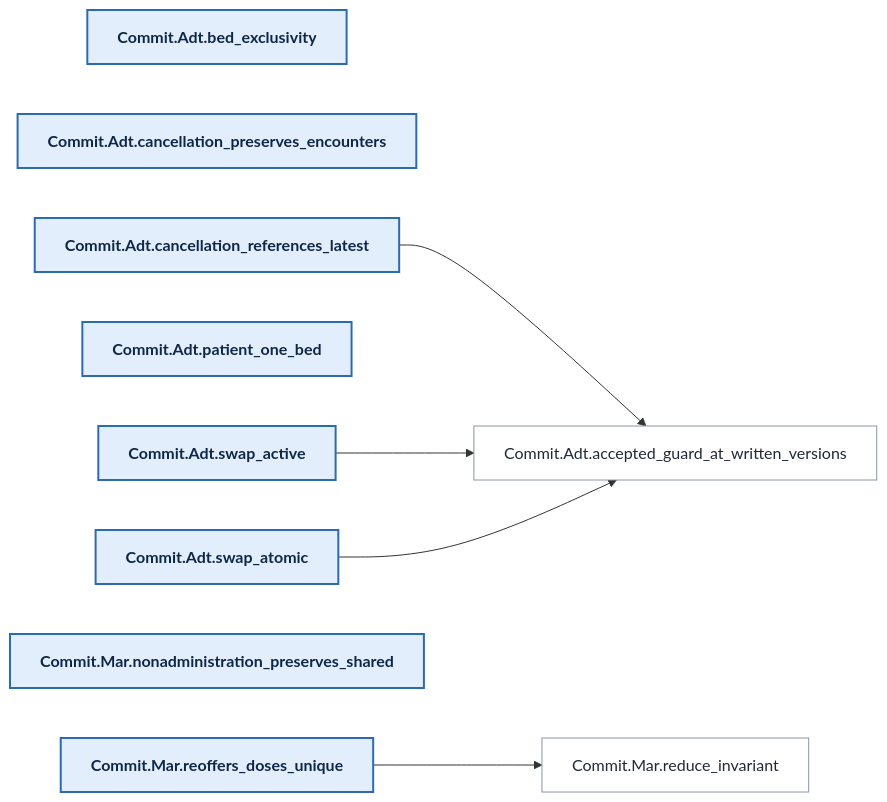
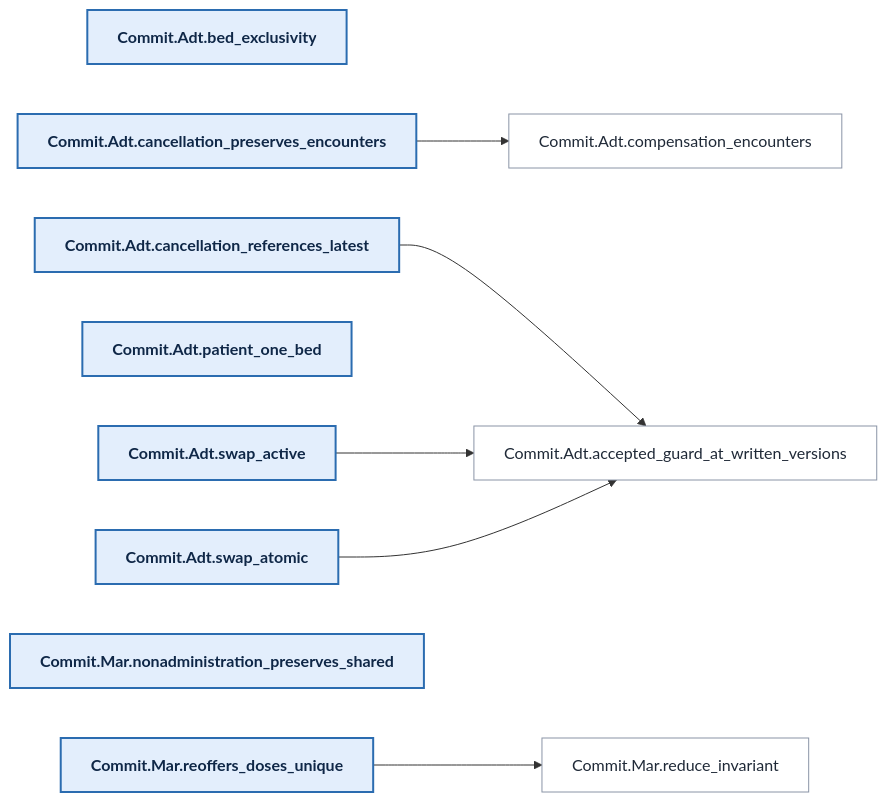
The sixth of 9 diagrams in docs/proof-map.md (saithat/VGI-Health), drawn with Mermaid before and after one commit. The commit also changed other lines of this file and 15 other files, not shown here.

````diff
--- a/docs/proof-map.md
+++ b/docs/proof-map.md
@@ -618,20 +716,22 @@
 ```mermaid
 flowchart LR
   n0["Commit.Adt.bed_exclusivity"]:::head
   n1["Commit.Adt.cancellation_preserves_encounters"]:::head
   n2["Commit.Adt.cancellation_references_latest"]:::head
   n3["Commit.Adt.patient_one_bed"]:::head
   n4["Commit.Adt.swap_active"]:::head
   n5["Commit.Adt.swap_atomic"]:::head
   n6["Commit.Mar.nonadministration_preserves_shared"]:::head
   n7["Commit.Mar.reoffers_doses_unique"]:::head
   n8["Commit.Adt.accepted_guard_at_written_versions"]:::lemma
-  n9["Commit.Mar.reduce_invariant"]:::lemma
+  n9["Commit.Adt.compensation_encounters"]:::lemma
+  n10["Commit.Mar.reduce_invariant"]:::lemma
+  n1 --> n9
   n2 --> n8
   n4 --> n8
   n5 --> n8
-  n7 --> n9
+  n7 --> n10
   classDef head fill:#e3eefc,stroke:#2b6cb0,stroke-width:2px,color:#0f2747,font-weight:bold
   classDef lemma fill:#ffffff,stroke:#8a94a6,color:#1f2937
   classDef other fill:#f4f4f5,stroke:#a1a1aa,stroke-dasharray:4 3,color:#3f3f46
 ```
````
